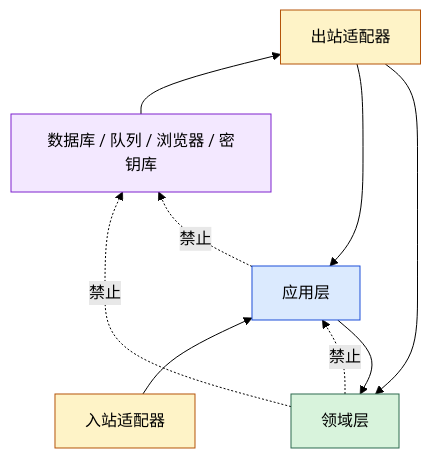
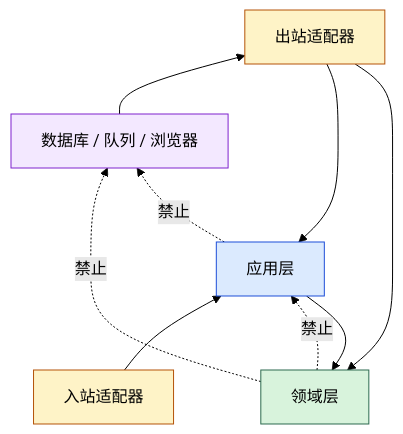
The diagram in docs/architecture/dependency-rules.md (Capsule7446/healix-core), drawn with Mermaid (forest theme) before and after one commit. The commit also changed other lines of this file and 180 other files, not shown here.

````diff
--- a/docs/architecture/dependency-rules.md
+++ b/docs/architecture/dependency-rules.md
@@ -5,23 +5,23 @@
 ```mermaid
 flowchart BT
   Domain[领域层]:::core
   Application[应用层]:::app
   Inbound[入站适配器]:::adapter
   Outbound[出站适配器]:::adapter
-  Infrastructure[数据库 / 队列 / 浏览器 / 密钥库]:::infra
+  Infrastructure[数据库 / 队列 / 浏览器]:::infra
 
   Application --> Domain
   Inbound --> Application
   Outbound --> Application
   Outbound --> Domain
   Infrastructure --> Outbound
 
   Domain -.禁止.-> Application
   Domain -.禁止.-> Infrastructure
   Application -.禁止.-> Infrastructure
 
   classDef core fill:#d8f3dc,stroke:#2d6a4f
   classDef app fill:#dbeafe,stroke:#1d4ed8
   classDef adapter fill:#fef3c7,stroke:#b45309
   classDef infra fill:#f3e8ff,stroke:#7e22ce
 ```
````
